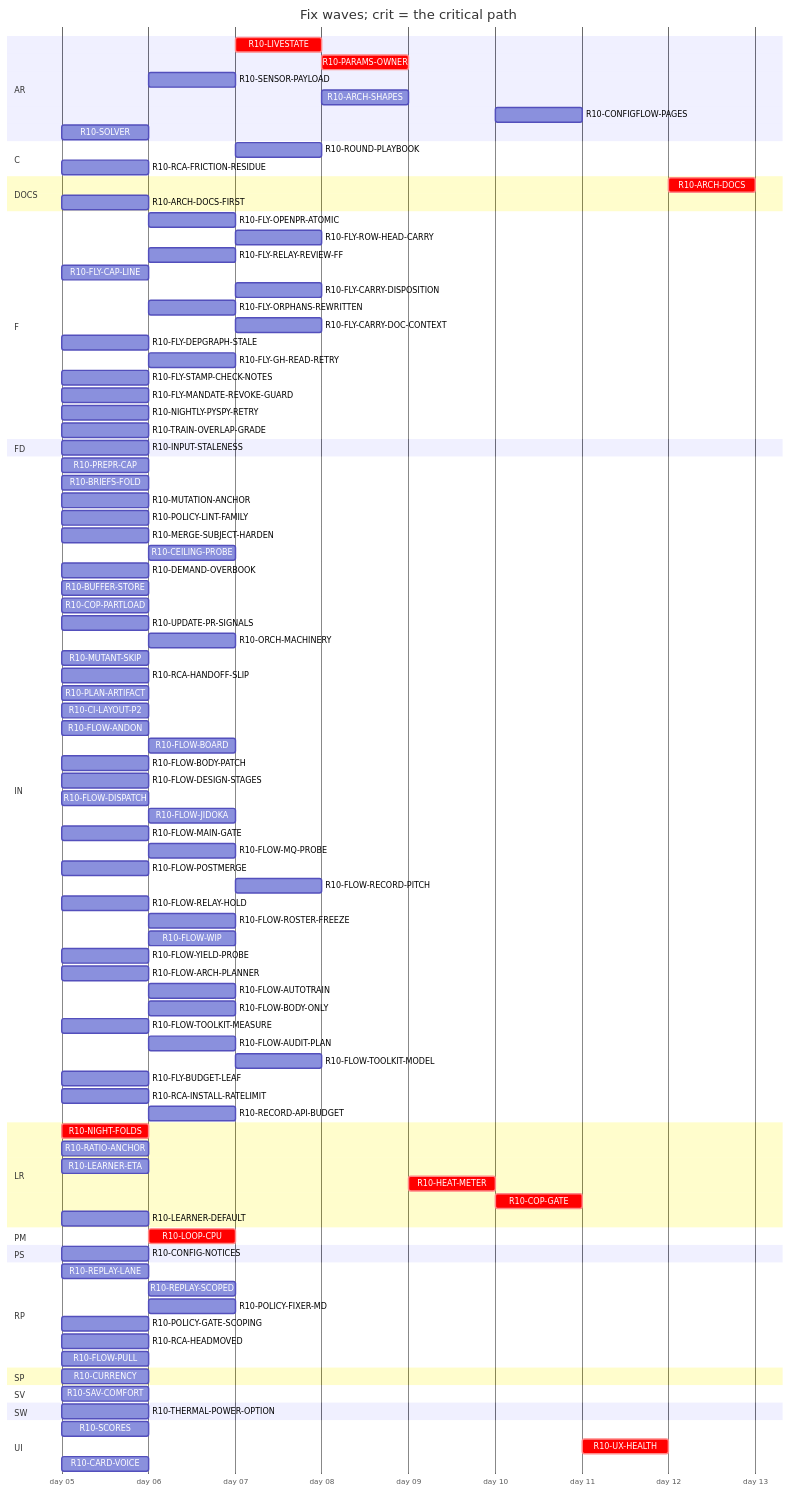
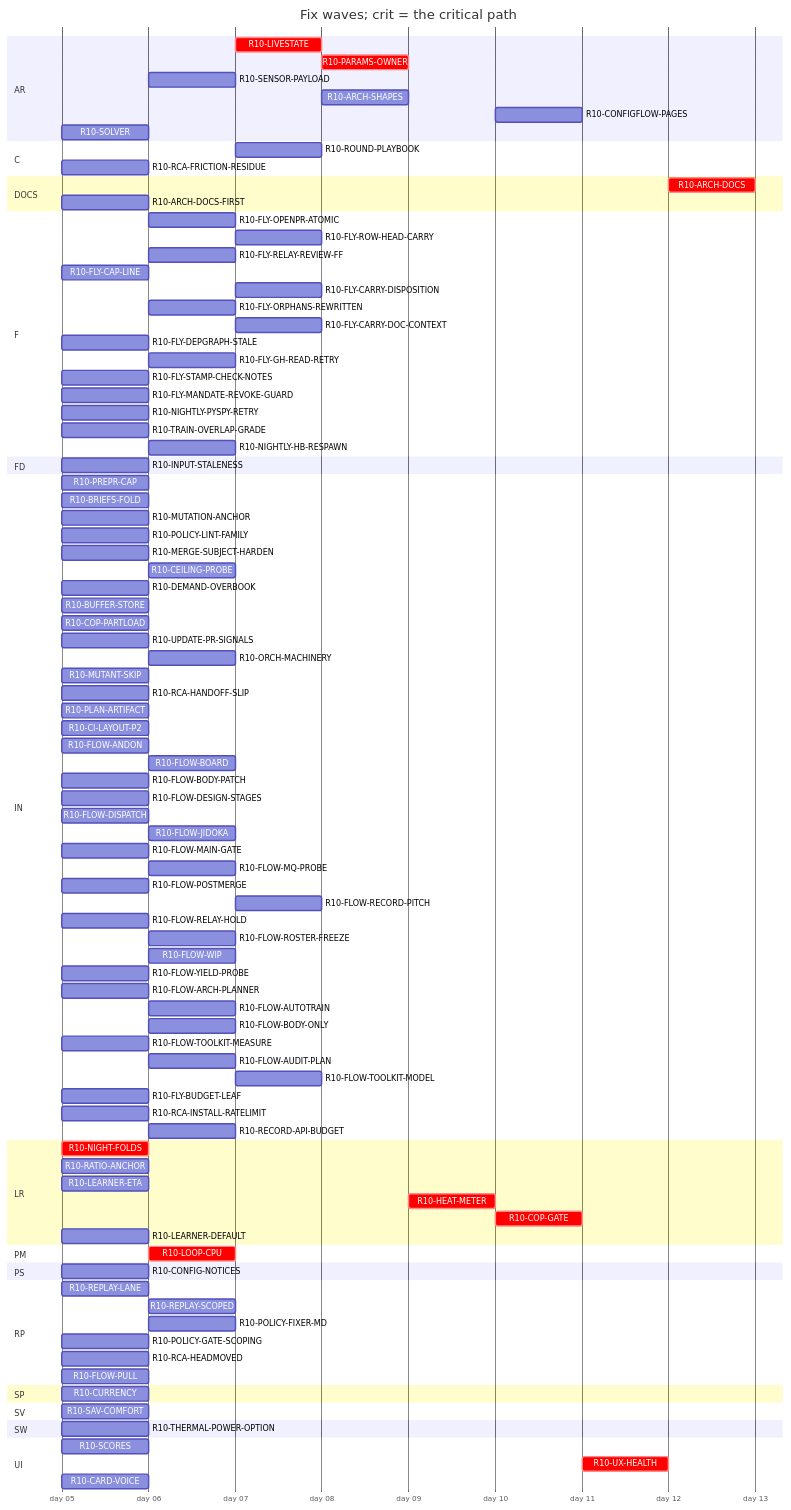
The diagram in handoff/round10/state/PLAN-TABLE.md (tvofi/heatpump_optimizer), drawn with Mermaid before and after one commit. The commit also changed other lines of this file and 2 other files, not shown here.

```diff
--- a/handoff/round10/state/PLAN-TABLE.md
+++ b/handoff/round10/state/PLAN-TABLE.md
@@ -56,6 +56,7 @@
     R10-FLY-MANDATE-REVOKE-GUARD :r10FLYMANDATEREVOKEGUARD, 2026-01-05, 1d
     R10-NIGHTLY-PYSPY-RETRY :r10NIGHTLYPYSPYRETRY, 2026-01-05, 1d
     R10-TRAIN-OVERLAP-GRADE :r10TRAINOVERLAPGRADE, 2026-01-05, 1d
+    R10-NIGHTLY-HB-RESPAWN :r10NIGHTLYHBRESPAWN, after r10NIGHTLYPYSPYRETRY, 1d
   section FD
     R10-INPUT-STALENESS :r10INPUTSTALENESS, 2026-01-05, 1d
   section IN
```
